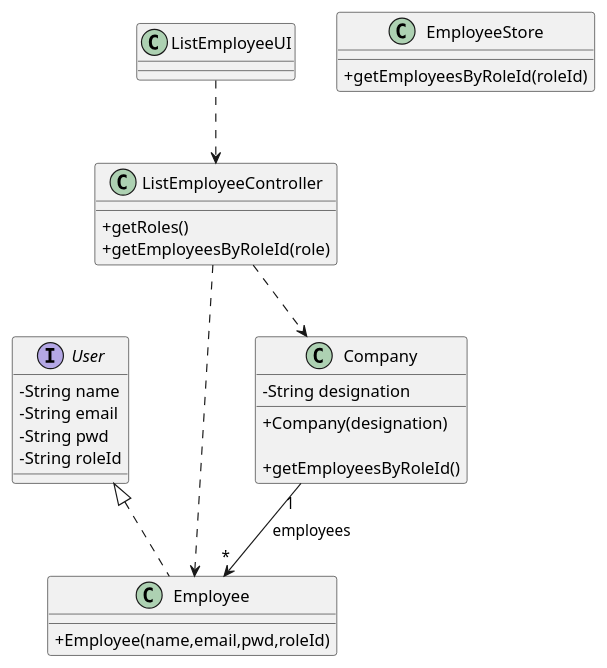
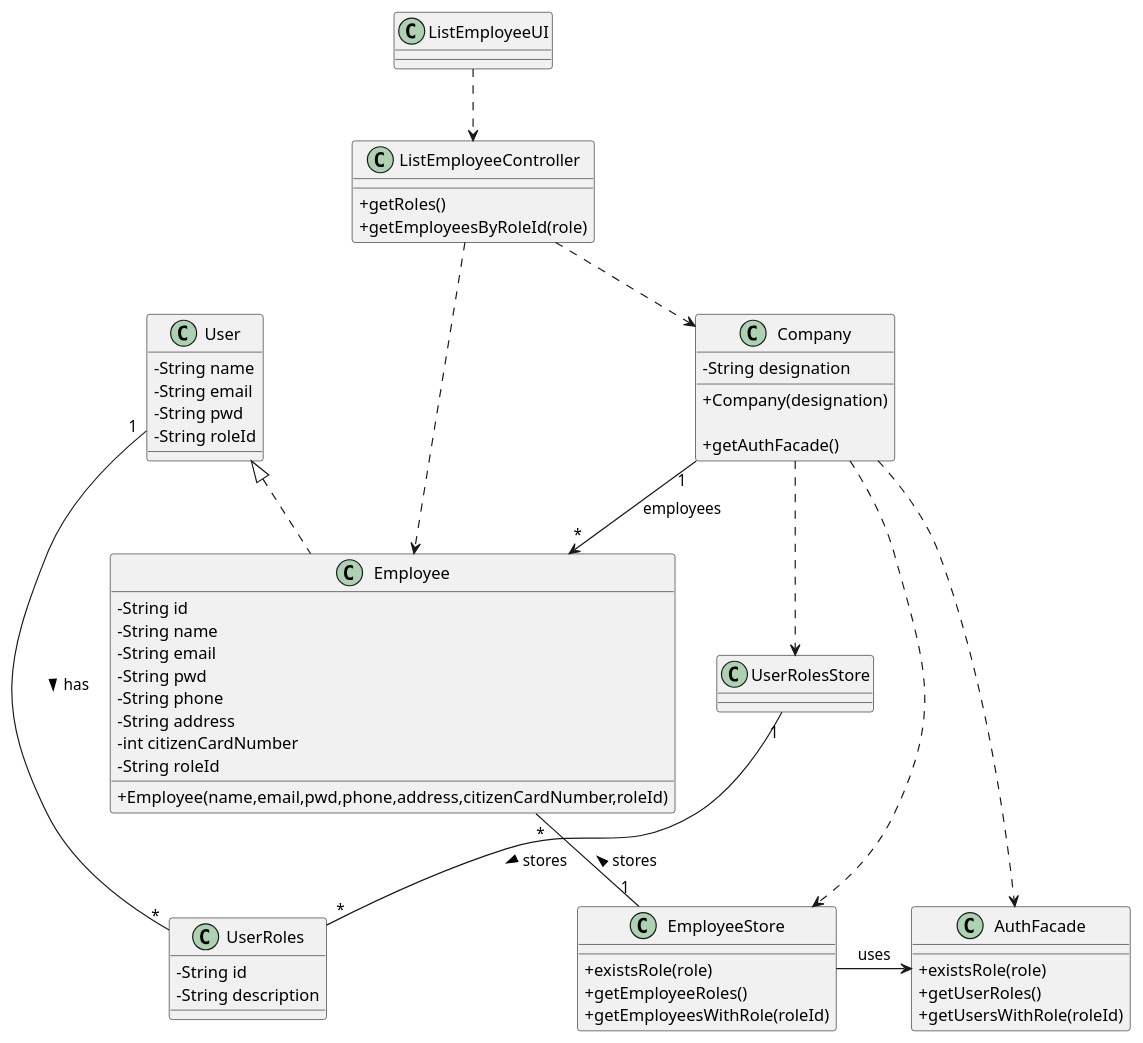
Before and after one commit to miseEnPlace-i/lapr2: the diagram in docs/SprintB/US11/CD/US11_CD.puml, drawn with PlantUML. The commit also changed 2 other files, not shown here.

Commit message:
docs(SD): added auth facade usage

```diff
--- a/docs/SprintB/US11/CD/US11_CD.puml
+++ b/docs/SprintB/US11/CD/US11_CD.puml
@@ -1,41 +1,76 @@
 @startuml
 skinparam classAttributeIconSize 0
 
-interface User {
+class User {
   - String name
   - String email
   - String pwd
   - String roleId
 }
 
 class Employee {
-  +Employee(name,email,pwd,roleId)
+  -String id
+  -String name
+  -String email
+  -String pwd
+  -String phone
+  -String address
+  -int citizenCardNumber
+  -String roleId
+  
+  +Employee(name,email,pwd,phone,address,citizenCardNumber,roleId)
 }
 
 class Company {
   -String designation
   +Company(designation)
 
-  +getEmployeesByRoleId()
+  +getAuthFacade()
+}
+
+class AuthFacade {
+  +existsRole(role)
+  +getUserRoles()
+  +getUsersWithRole(roleId)
 }
 
 class EmployeeStore {
-  +getEmployeesByRoleId(roleId)
+  +existsRole(role)
+  +getEmployeeRoles()
+  +getEmployeesWithRole(roleId)
 }
 
 class ListEmployeeController {
   +getRoles()
   +getEmployeesByRoleId(role)
+}
+
+class UserRoles {
+  -String id
+  -String description
+}
+
+class UserRolesStore {
+
 }
 
 class ListEmployeeUI {}
 
 ListEmployeeUI ..> ListEmployeeController
 ListEmployeeController ..> Employee
 ListEmployeeController ..> Company
 
+Company ..> AuthFacade
+Company ..> EmployeeStore
+EmployeeStore -> AuthFacade : uses
+Employee "*" -- "1" EmployeeStore : stores <
 Company "1" --> "*" Employee : employees
+
+UserRolesStore "1" -- "*" UserRoles : stores >
+Company ..> UserRolesStore
+
+User "1" -- "*" UserRoles : has >
 
 User <|.. Employee 
 
 @enduml
```
